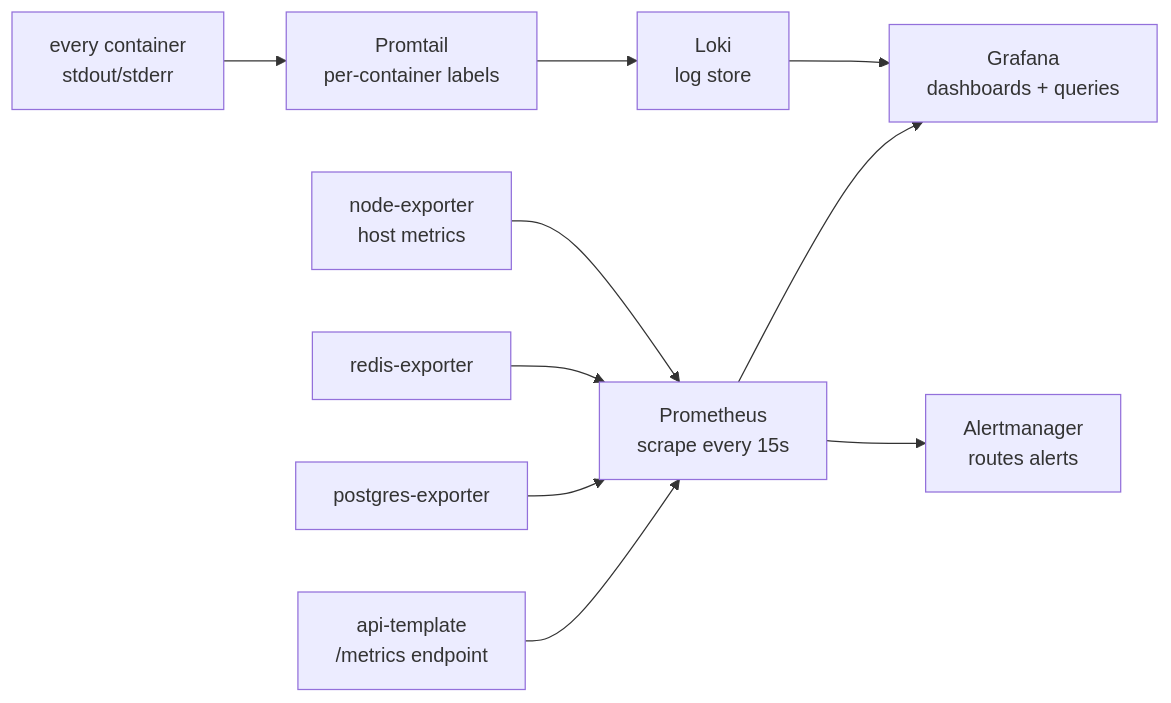
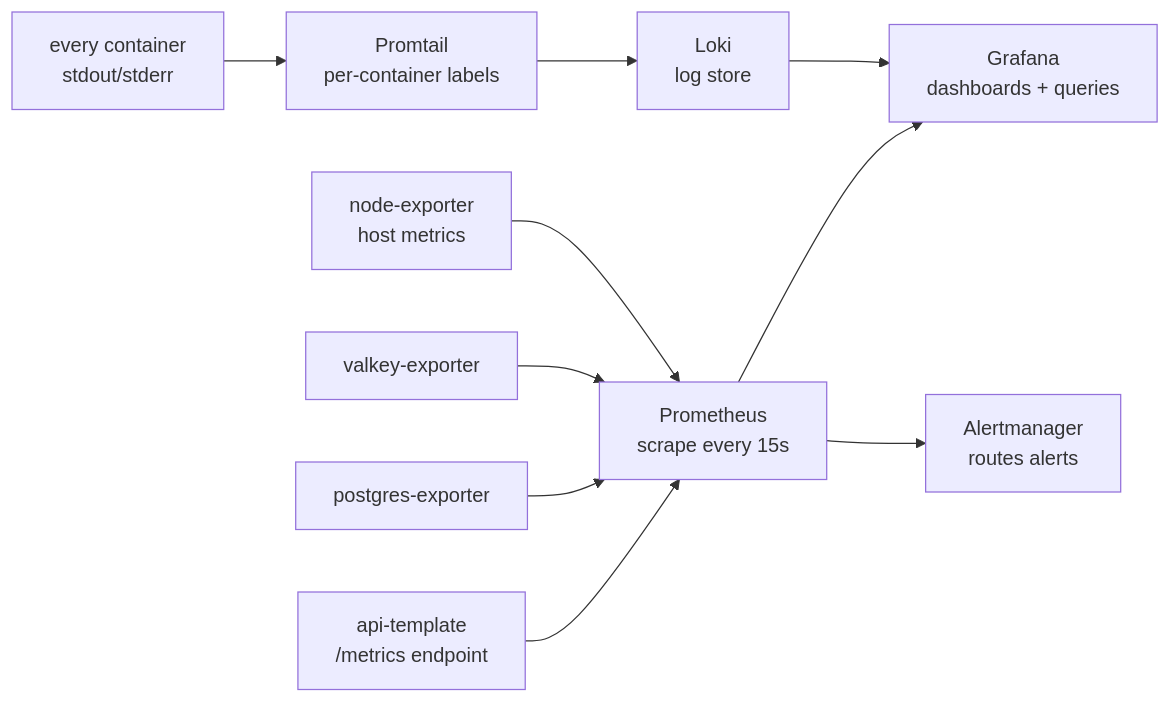
One commit to AI-Starter-Templates/.github changed the diagram in src/content/docs/topics/observability.mdx. Above: the diagram before and after it, drawn with Mermaid. The commit also changed other lines of this file and 21 other files, not shown here.

````diff
--- a/src/content/docs/topics/observability.mdx
+++ b/src/content/docs/topics/observability.mdx
@@ -14,21 +14,21 @@
 ```mermaid
 flowchart LR
   api["api-template<br/>/metrics endpoint"]
   pg["postgres-exporter"]
-  redis["redis-exporter"]
+  valkey_exp["valkey-exporter"]
   node["node-exporter<br/>host metrics"]
   prom["Prometheus<br/>scrape every 15s"]
   containers["every container<br/>stdout/stderr"]
   promtail["Promtail<br/>per-container labels"]
   loki["Loki<br/>log store"]
   grafana["Grafana<br/>dashboards + queries"]
   alert["Alertmanager<br/>routes alerts"]
   api --> prom
   pg --> prom
-  redis --> prom
+  valkey_exp --> prom
   node --> prom
   containers --> promtail --> loki
   prom --> grafana
   loki --> grafana
   prom --> alert
 ```
````
